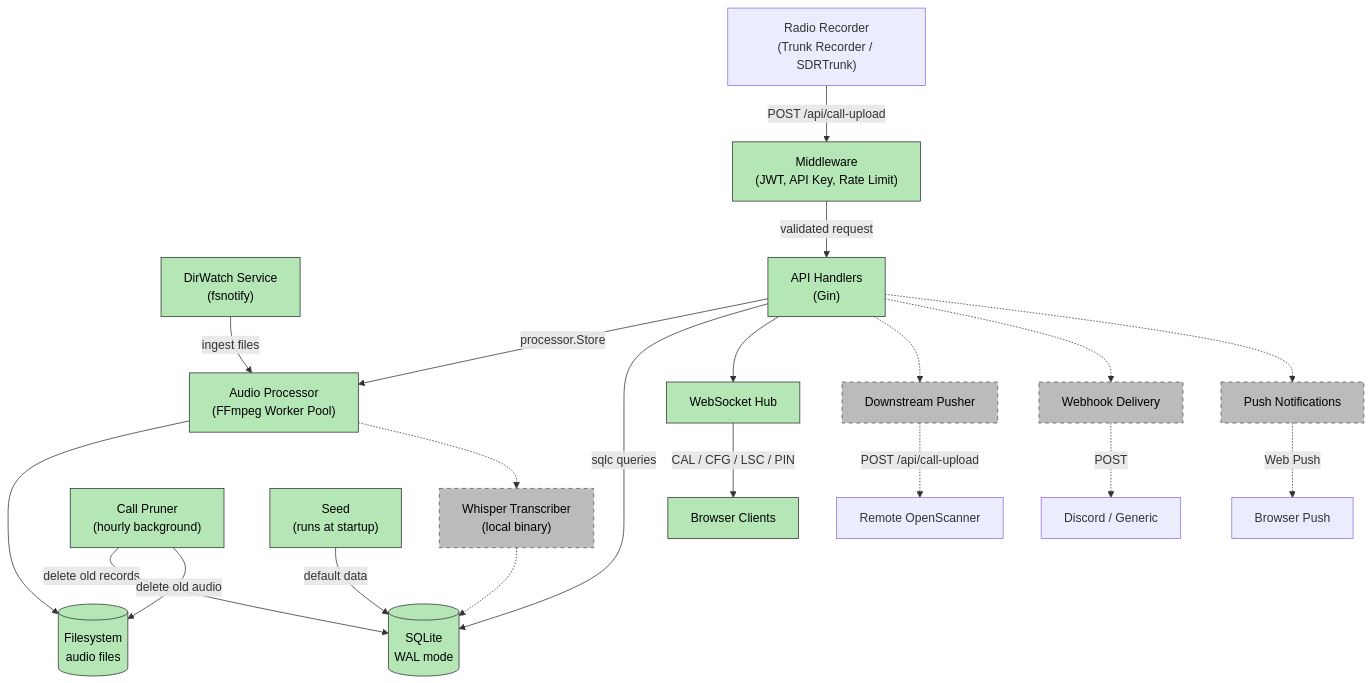
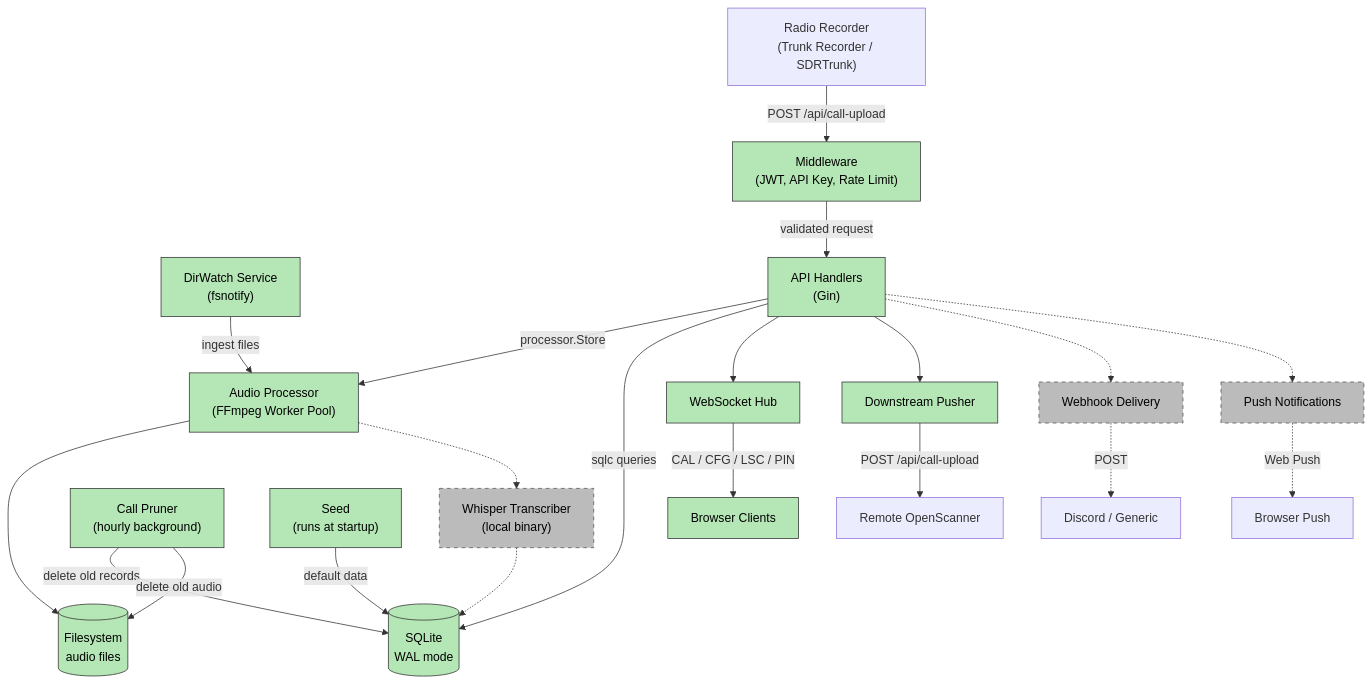
The diagram in docs/architecture.md (revtex/OpenScanner), drawn with Mermaid before and after one commit. The commit also changed other lines of this file and 10 other files, not shown here.

First line of the commit message:
feat: Phase 8 — Downstream pusher service

````diff
--- a/docs/architecture.md
+++ b/docs/architecture.md
@@ -13,41 +13,41 @@
 ```mermaid
 graph TD
     Recorder["Radio Recorder<br/>(Trunk Recorder / SDRTrunk)"] -->|POST /api/call-upload| MW
     DirWatch["DirWatch Service<br/>(fsnotify)"] -->|ingest files| Processor
 
     MW["Middleware<br/>(JWT, API Key, Rate Limit)"] -->|validated request| API["API Handlers<br/>(Gin)"]
     API -->|processor.Store| Processor["Audio Processor<br/>(FFmpeg Worker Pool)"]
     Processor --> FS[("Filesystem<br/>audio files")]
     Processor -.-> Transcriber["Whisper Transcriber<br/>(local binary)"]
     API -->|sqlc queries| DB[(SQLite<br/>WAL mode)]
     Transcriber -.-> DB
 
     Pruner["Call Pruner<br/>(hourly background)"] -->|delete old records| DB
     Pruner -->|delete old audio| FS
 
     Seed["Seed<br/>(runs at startup)"] -->|default data| DB
 
     API --> Hub["WebSocket Hub"]
     Hub -->|CAL / CFG / LSC / PIN| Listeners["Browser Clients"]
-    API -.-> Downstream["Downstream Pusher"]
-    Downstream -.->|POST /api/call-upload| RemoteInstance["Remote OpenScanner"]
+    API --> Downstream["Downstream Pusher"]
+    Downstream -->|POST /api/call-upload| RemoteInstance["Remote OpenScanner"]
     API -.-> Webhooks["Webhook Delivery"]
     Webhooks -.->|POST| External["Discord / Generic"]
     API -.-> Push["Push Notifications"]
     Push -.->|Web Push| Browser["Browser Push"]
 
     style MW fill:#b5e6b5,stroke:#333,color:#000
     style API fill:#b5e6b5,stroke:#333,color:#000
     style Processor fill:#b5e6b5,stroke:#333,color:#000
     style FS fill:#b5e6b5,stroke:#333,color:#000
     style DB fill:#b5e6b5,stroke:#333,color:#000
     style Seed fill:#b5e6b5,stroke:#333,color:#000
     style Pruner fill:#b5e6b5,stroke:#333,color:#000
     style Hub fill:#b5e6b5,stroke:#333,color:#000
     style Listeners fill:#b5e6b5,stroke:#333,color:#000
     style Transcriber fill:#bbb,stroke:#555,color:#000,stroke-dasharray: 5 5
     style DirWatch fill:#b5e6b5,stroke:#333,color:#000
-    style Downstream fill:#bbb,stroke:#555,color:#000,stroke-dasharray: 5 5
+    style Downstream fill:#b5e6b5,stroke:#333,color:#000
     style Webhooks fill:#bbb,stroke:#555,color:#000,stroke-dasharray: 5 5
     style Push fill:#bbb,stroke:#555,color:#000,stroke-dasharray: 5 5
 ```
````
